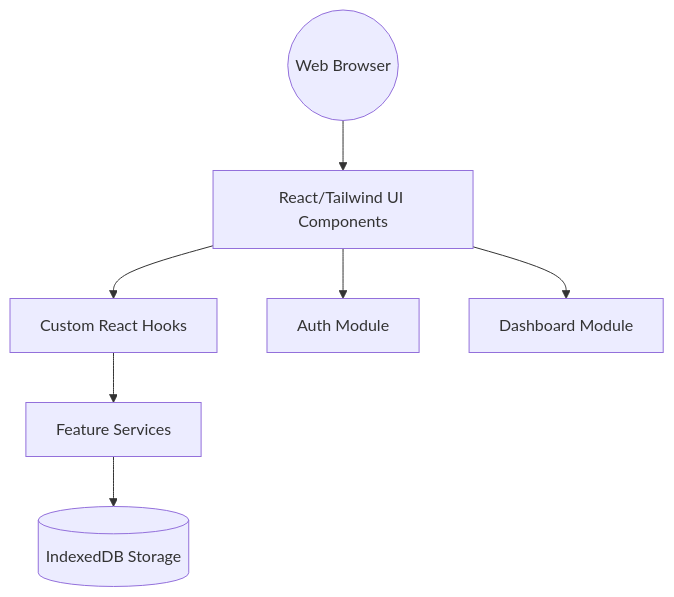
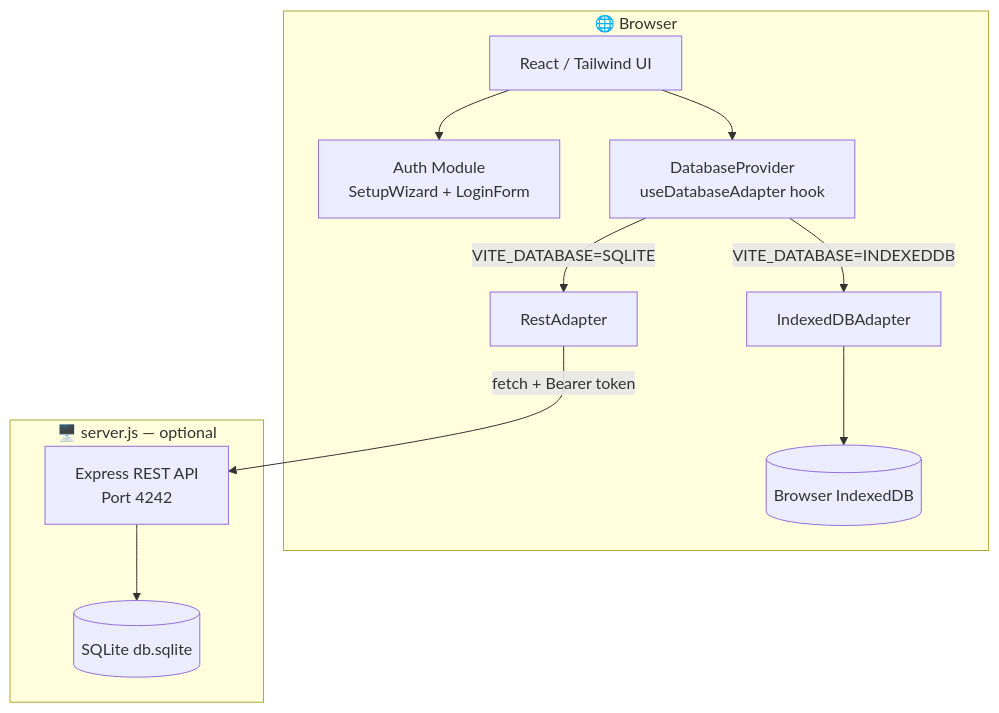
The diagram in README.md (acidgreenservers/ClawChives), drawn with Mermaid before and after one commit. The commit also changed other lines of this file and 29 other files, not shown here.

First line of the commit message:
feat: add environment configuration and database provider infrastructure

````diff
--- a/README.md
+++ b/README.md
@@ -41,9 +80,24 @@
 ```mermaid
-graph TD;
-    Client((Web Browser)) --> UI[React/Tailwind UI Components]
-    UI --> Hooks[Custom React Hooks]
-    Hooks --> Services[Feature Services]
-    Services --> DB[(IndexedDB Storage)]
-    UI --> Auth[Auth Module]
-    UI --> Dashboard[Dashboard Module]
+graph TD
+    subgraph Client ["🌐 Browser"]
+        UI[React / Tailwind UI]
+        Auth[Auth Module<br/>SetupWizard + LoginForm]
+        Provider[DatabaseProvider<br/>useDatabaseAdapter hook]
+        IDB[IndexedDBAdapter]
+        REST[RestAdapter]
+        IStore[(Browser IndexedDB)]
+    end
+
+    subgraph Server ["🖥️ server.js — optional"]
+        API[Express REST API<br/>Port 4242]
+        DB[(SQLite db.sqlite)]
+    end
+
+    UI --> Auth
+    UI --> Provider
+    Provider -->|VITE_DATABASE=INDEXEDDB| IDB
+    Provider -->|VITE_DATABASE=SQLITE| REST
+    IDB --> IStore
+    REST -->|fetch + Bearer token| API
+    API --> DB
 ```
````
